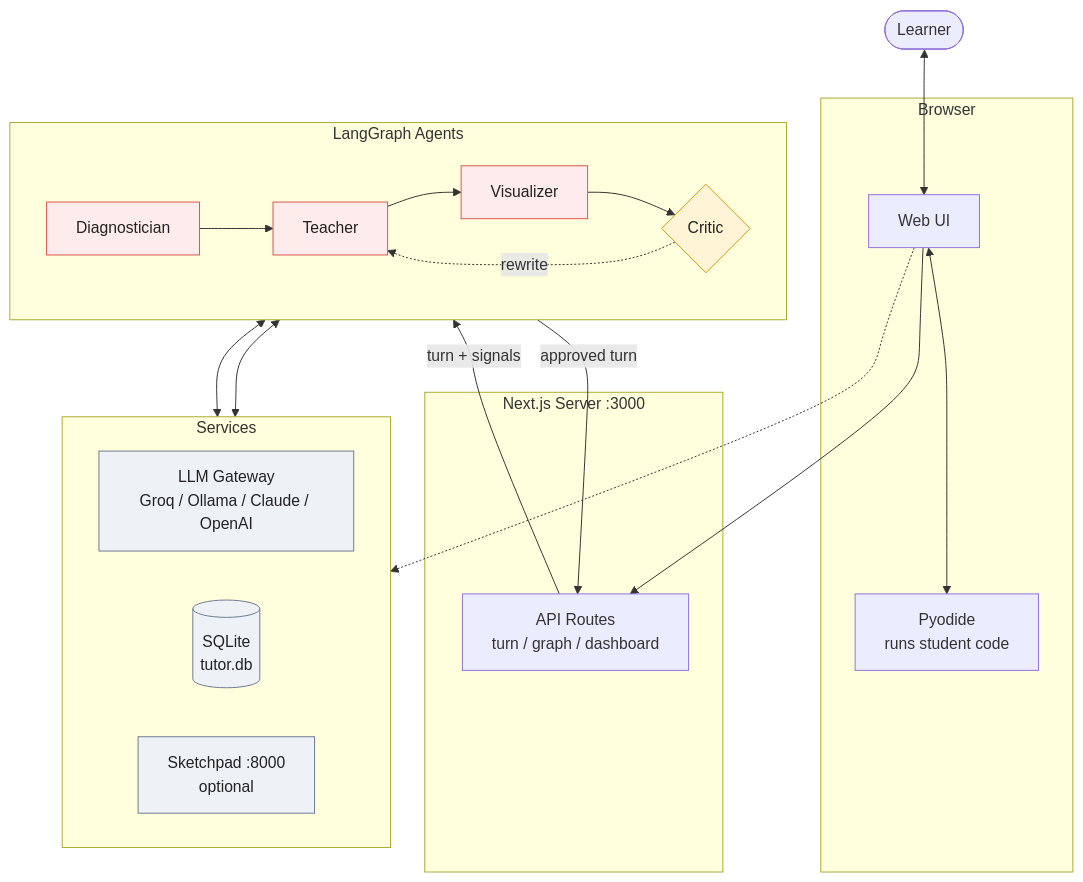
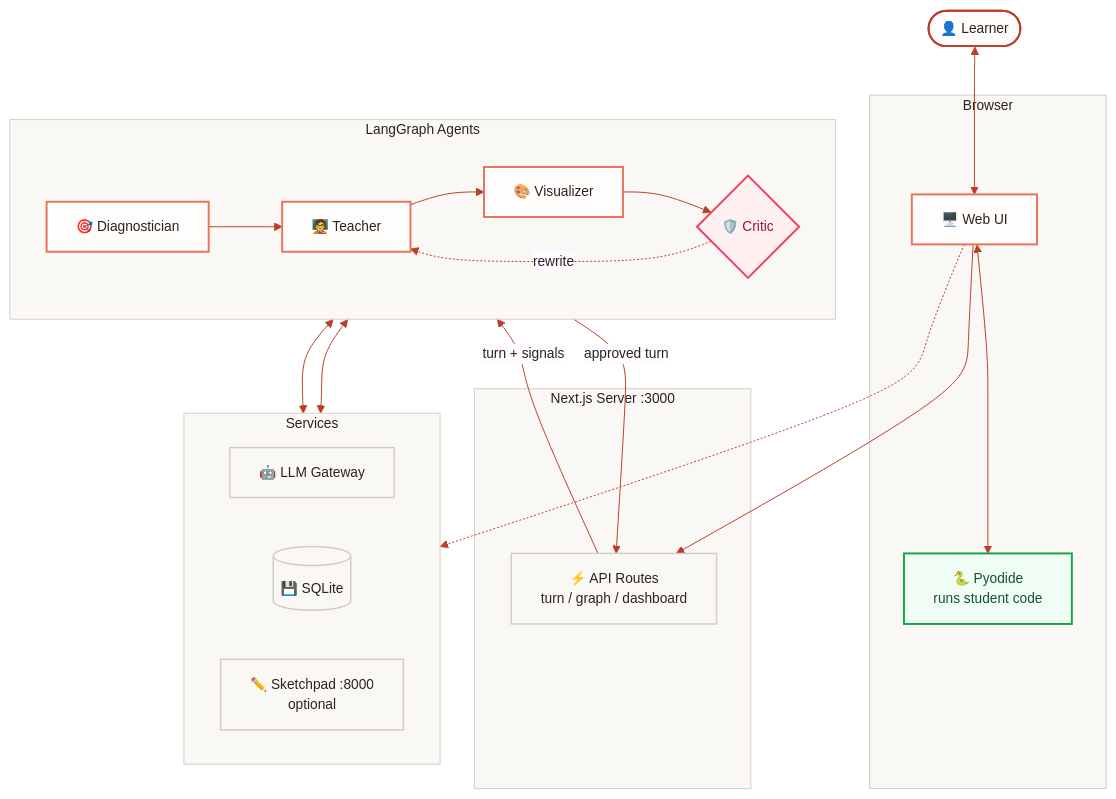
One commit to taha463/socratic-tutor changed the first of 2 diagrams in README.md. Above: the diagram before and after it, drawn with Mermaid. The commit also changed other lines of this file, not shown here.

Commit message:
Enhance system architecture diagrams in README
Updated system architecture diagrams with improved labels and icons for clarity.

````diff
--- a/README.md
+++ b/README.md
@@ -73,42 +72,46 @@
 ```mermaid
+%%{init: {'theme':'base','themeVariables':{'primaryColor':'#FFFDFB','primaryTextColor':'#2B2320','primaryBorderColor':'#E8725A','lineColor':'#B93E29','tertiaryColor':'#FAF8F5','fontSize':'14px'}}}%%
 flowchart TB
-    User([Learner])
+    User(["👤 Learner"]):::start
 
     subgraph Browser
-        UI[Web UI]
-        Py["Pyodide<br/>runs student code"]
+        UI["🖥️ Web UI"]:::agent
+        Py["🐍 Pyodide<br/>runs student code"]:::safe
     end
 
     subgraph Server["Next.js Server :3000"]
-        API["API Routes<br/>turn / graph / dashboard"]
+        API["⚡ API Routes<br/>turn / graph / dashboard"]:::plain
     end
 
     subgraph Agents["LangGraph Agents"]
         direction LR
-        D[Diagnostician] --> T[Teacher] --> V[Visualizer] --> C{Critic}
+        D["🎯 Diagnostician"]:::agent --> T["🧑‍🏫 Teacher"]:::agent --> V["🎨 Visualizer"]:::agent --> C{"🛡️ Critic"}:::critic
         C -. rewrite .-> T
     end
 
     subgraph Services
         direction LR
-        LLM["LLM Gateway<br/>Groq / Ollama / Claude / OpenAI"]
-        DB[("SQLite<br/>tutor.db")]
-        SK["Sketchpad :8000<br/>optional"]
+        LLM["🤖 LLM Gateway"]:::plain
+        DB[("💾 SQLite")]:::plain
+        SK["✏️ Sketchpad :8000<br/>optional"]:::plain
     end
 
     User <--> UI
     UI <--> Py
     UI --> API
     UI -.-> SK
     API -->|turn + signals| Agents
     Agents -->|approved turn| API
     Agents <--> LLM
     Agents <--> DB
 
-    classDef agent fill:#fdeceb,stroke:#d9534f,color:#222
-    classDef gate fill:#fff4d6,stroke:#c99a00,color:#222
-    classDef store fill:#eef2f7,stroke:#6b7a90,color:#222
-    class D,T,V agent
-    class C gate
-    class DB,LLM,SK store
+    classDef start fill:#FFFDFB,color:#2B2320,stroke:#B93E29,stroke-width:2px
+    classDef agent fill:#FFFDFB,color:#2B2320,stroke:#E8725A,stroke-width:2px
+    classDef critic fill:#FFF1F2,color:#9F1239,stroke:#F43F5E,stroke-width:2px
+    classDef safe fill:#F0FDF4,color:#14532D,stroke:#16A34A,stroke-width:2px
+    classDef plain fill:#FAF8F5,color:#2B2320,stroke:#D6CCC3,stroke-width:1.5px
+    style Browser fill:#FAF8F5,stroke:#D6CCC3,color:#2B2320
+    style Server fill:#FAF8F5,stroke:#D6CCC3,color:#2B2320
+    style Agents fill:#FAF8F5,stroke:#D6CCC3,color:#2B2320
+    style Services fill:#FAF8F5,stroke:#D6CCC3,color:#2B2320
 ```
````
